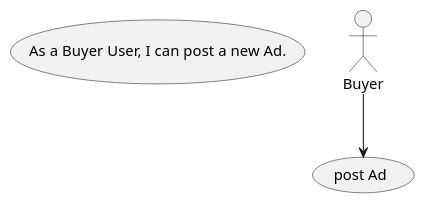
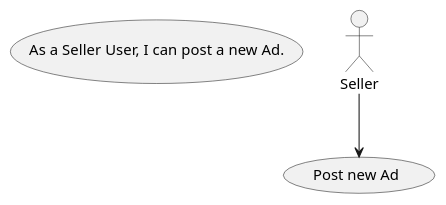
The diagram in src/Uml/UseCase/UC3-buyer-posts-ad.puml (jesusfar/classified-ads-example), drawn with PlantUML before and after one commit.

```diff
--- a/src/Uml/UseCase/UC3-buyer-posts-ad.puml
+++ b/src/Uml/UseCase/UC3-buyer-posts-ad.puml
@@ -1,8 +1,8 @@
 @startuml
 top to bottom direction
 usecase UC3 as "
-    As a Buyer User, I can post a new Ad.
+    As a Seller User, I can post a new Ad.
 "
-actor Buyer
-Buyer --> (post Ad)
+actor Seller
+Seller --> (Post new Ad)
 @enduml
```
